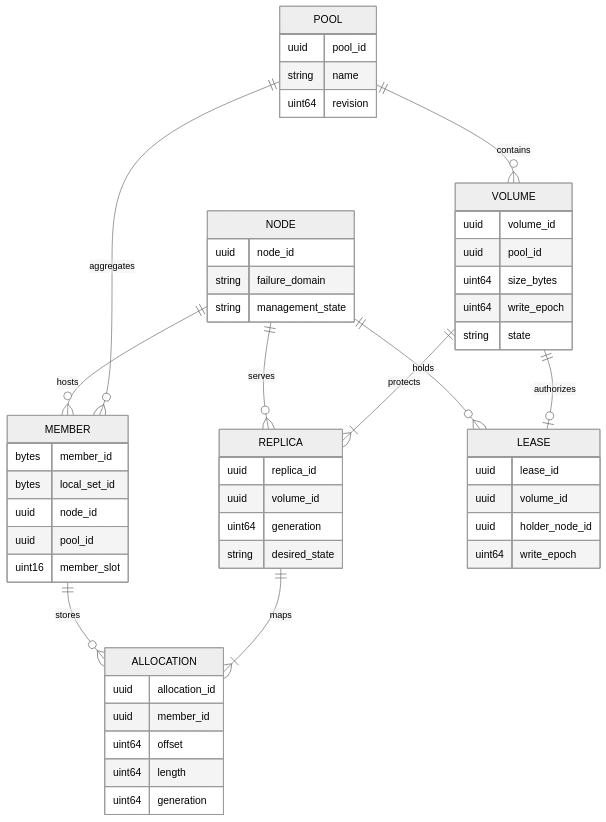
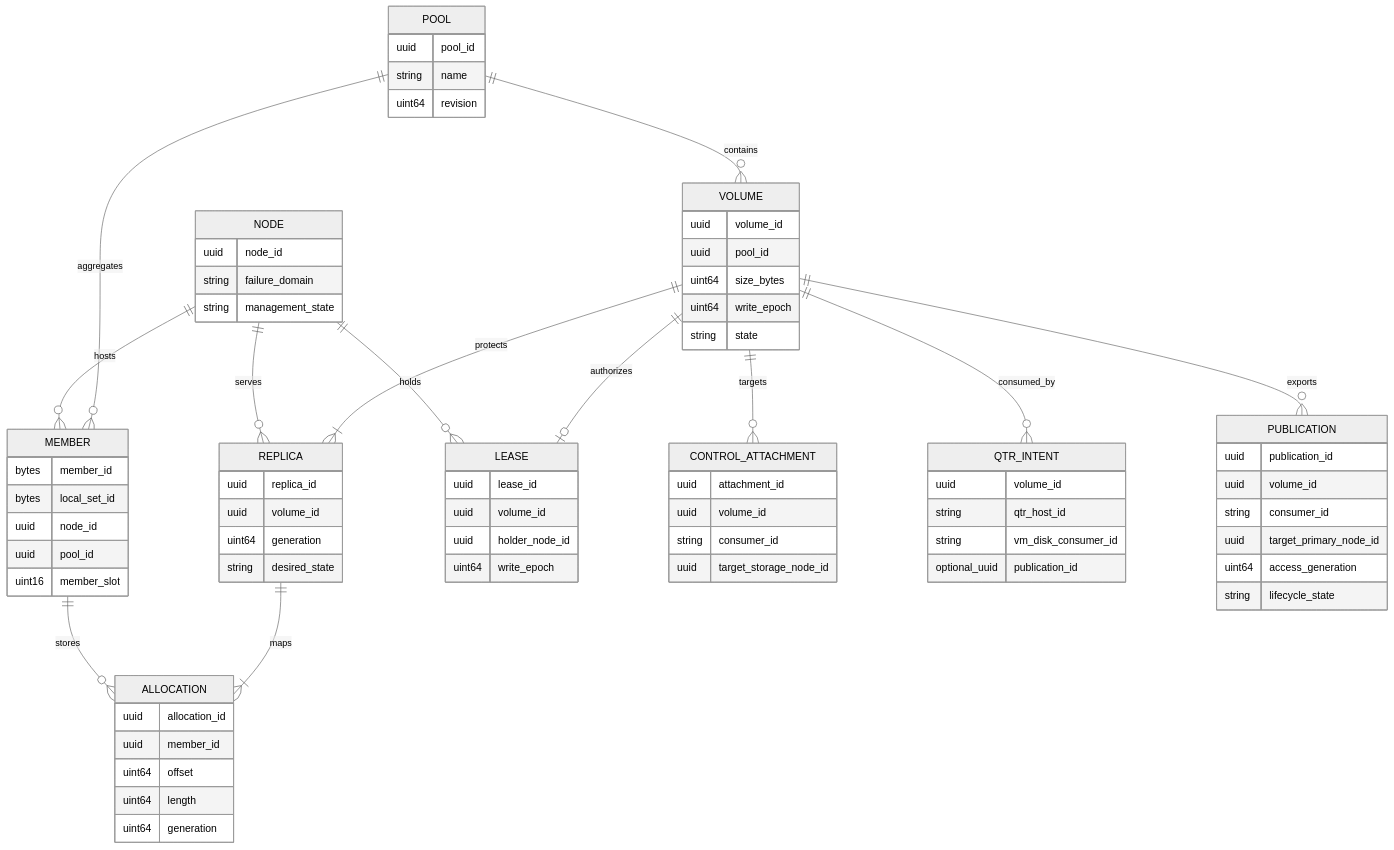
One commit to fanyang89/zettide-mono changed the first of 3 diagrams in docs/architecture/zh-CN/03-domain-model.md. Above: the diagram before and after it, drawn with Mermaid (neutral theme). The commit also changed other lines of this file and 15 other files, not shown here.

Commit message:
docs: define staged storage architecture

````diff
--- a/docs/architecture/zh-CN/03-domain-model.md
+++ b/docs/architecture/zh-CN/03-domain-model.md
@@ -28,56 +31,79 @@
 ```mermaid
 erDiagram
     POOL ||--o{ VOLUME : contains
     POOL ||--o{ MEMBER : aggregates
     NODE ||--o{ MEMBER : hosts
     VOLUME ||--|{ REPLICA : protects
     NODE ||--o{ REPLICA : serves
     REPLICA ||--|{ ALLOCATION : maps
     MEMBER ||--o{ ALLOCATION : stores
     VOLUME ||--o| LEASE : authorizes
     NODE ||--o{ LEASE : holds
+    VOLUME ||--o{ CONTROL_ATTACHMENT : targets
+    VOLUME ||--o{ QTR_INTENT : consumed_by
+    VOLUME ||--o{ PUBLICATION : exports
 
     POOL {
         uuid pool_id
         string name
         uint64 revision
     }
     VOLUME {
         uuid volume_id
         uuid pool_id
         uint64 size_bytes
         uint64 write_epoch
         string state
     }
     NODE {
         uuid node_id
         string failure_domain
         string management_state
     }
     MEMBER {
         bytes member_id
         bytes local_set_id
         uuid node_id
         uuid pool_id
         uint16 member_slot
     }
     REPLICA {
         uuid replica_id
         uuid volume_id
         uint64 generation
         string desired_state
     }
     ALLOCATION {
         uuid allocation_id
         uuid member_id
         uint64 offset
         uint64 length
         uint64 generation
     }
     LEASE {
         uuid lease_id
         uuid volume_id
         uuid holder_node_id
         uint64 write_epoch
     }
+    CONTROL_ATTACHMENT {
+        uuid attachment_id
+        uuid volume_id
+        string consumer_id
+        uuid target_storage_node_id
+    }
+    QTR_INTENT {
+        uuid volume_id
+        string qtr_host_id
+        string vm_disk_consumer_id
+        optional_uuid publication_id
+    }
+    PUBLICATION {
+        uuid publication_id
+        uuid volume_id
+        string consumer_id
+        uuid target_primary_node_id
+        uint64 access_generation
+        string lifecycle_state
+    }
 ```
````
